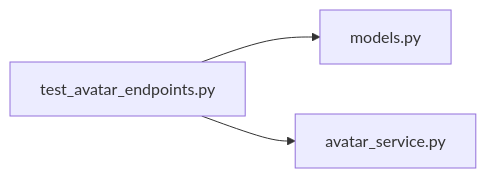
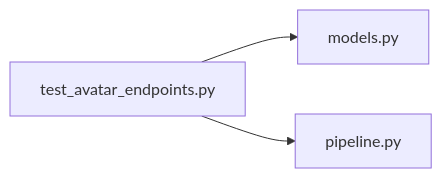
The diagram in .cluedoc/graph/backend/tests/integration/db/test_avatar_endpoints.md (minkong-dev/Banblit), drawn with Mermaid before and after one commit. The commit also changed other lines of this file and 50 other files, not shown here.

First line of the commit message:
backend: keep tunable limits and call order in each module's pipeline

````diff
--- a/.cluedoc/graph/backend/tests/integration/db/test_avatar_endpoints.md
+++ b/.cluedoc/graph/backend/tests/integration/db/test_avatar_endpoints.md
@@ -10,6 +10,6 @@
 ```mermaid
 flowchart LR
   backend_tests_integration_db_test_avatar_endpoints["test_avatar_endpoints.py"]
   backend_tests_integration_db_test_avatar_endpoints --> backend_src_backend_db_models["models.py"]
-  backend_tests_integration_db_test_avatar_endpoints --> backend_src_backend_services_roster_avatar_service["avatar_service.py"]
+  backend_tests_integration_db_test_avatar_endpoints --> backend_src_backend_services_roster_pipeline["pipeline.py"]
 ```
````
